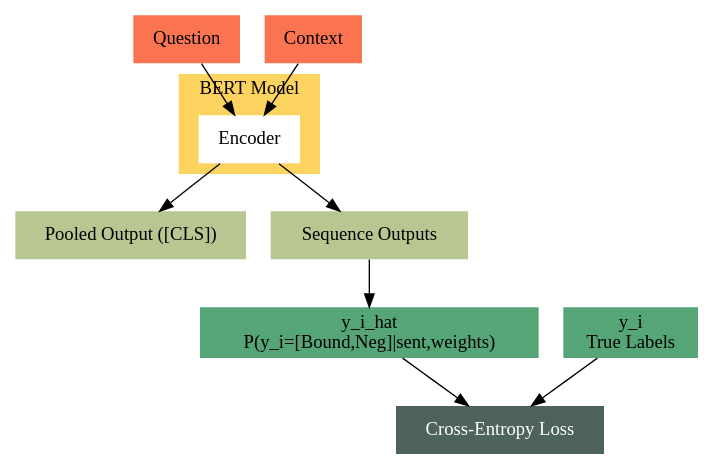
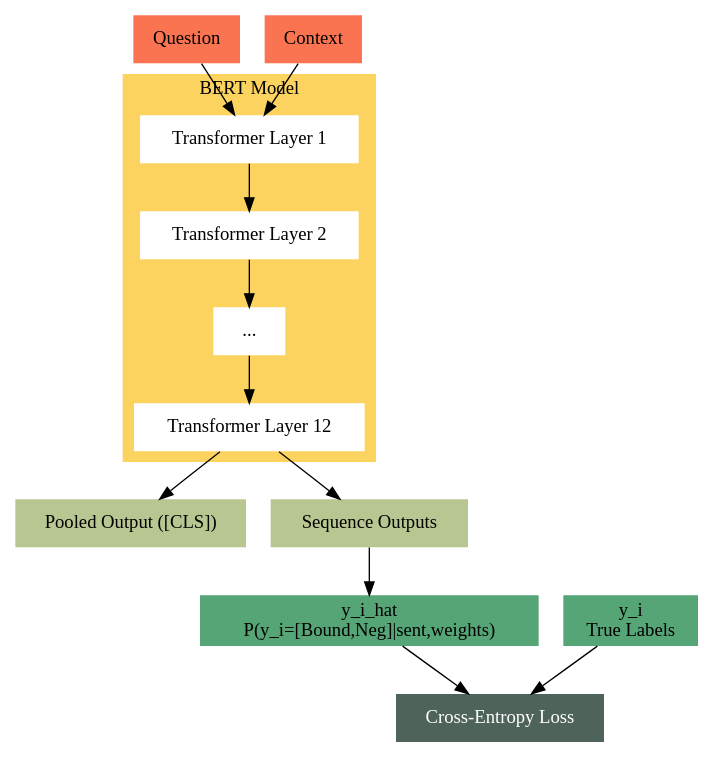
The diagram in figures/notebooks/bert_qa.dot (openpharma/pypharma_nlp), drawn with Graphviz before and after one commit. The commit also changed 35 other files, not shown here.

```diff
--- a/figures/notebooks/bert_qa.dot
+++ b/figures/notebooks/bert_qa.dot
@@ -1,84 +1,109 @@
 //Palette: https://www.color-hex.com/color-palette/83647
 
 digraph G {
     
     //Inputs
     question [
         label="Question"
         shape="rectangle"
         color=None
         style=filled
         fillcolor="#fb7452"
     ];
 
     context [
         label="Context"
         shape="rectangle"
         color=None
         style=filled
         fillcolor="#fb7452"
     ];
     
     // BERT model
     subgraph cluster_0 {
         label="BERT Model";
         color=None;
         bgcolor="#fdd35f";
-        newrank=true;
-        enc [
-            label="Encoder"
+        //newrank=true;
+        transformer_layer_1 [
+            label="Transformer Layer 1"
             shape="rectangle"
             color=None
             style=filled
             fillcolor=white
         ];
-        rank=same;
+        transformer_layer_2 [
+            label="Transformer Layer 2"
+            shape="rectangle"
+            color=None
+            style=filled
+            fillcolor=white
+        ];
+        transformer_layer_e [
+            label="..."
+            shape="rectangle"
+            color=None
+            style=filled
+            fillcolor=white
+        ];
+        transformer_layer_12 [
+            label="Transformer Layer 12"
+            shape="rectangle"
+            color=None
+            style=filled
+            fillcolor=white
+        ];
+        //rank=same;
     }
-    question -> enc;
-    context -> enc;
+    
+    question -> transformer_layer_1;
+    context -> transformer_layer_1;
+    transformer_layer_1 -> transformer_layer_2;
+    transformer_layer_2 -> transformer_layer_e;
+    transformer_layer_e -> transformer_layer_12;
 
     // Outputs
     pool [
         label="Pooled Output ([CLS])"
         shape="rectangle"
         color=None
         style=filled
         fillcolor="#b8c791"
     ];
-    enc -> pool;
+    transformer_layer_12 -> pool;
     out [
         label="Sequence Outputs"
         shape="rectangle"
         color=None
         style=filled
         fillcolor="#b8c791"
     ];
-    enc -> out;
+    transformer_layer_12 -> out;
     y_hat [
         label="y_i_hat\nP(y_i=[Bound,Neg]|sent,weights)"
         shape="rectangle"
         color=None
         style=filled
         fillcolor="#55a576"
     ];
     out -> y_hat;
     y [
         label="y_i\nTrue Labels"
         shape="rectangle"
         color=None
         style=filled
         fillcolor="#55a576"
     ];
 
     // Loss
     loss [
         label="Cross-Entropy Loss"
         shape="rectangle"
         color=None
         style=filled
         fillcolor="#4e635a"
         fontcolor=white
     ];
     y_hat -> loss;
     y -> loss;
 }
```
